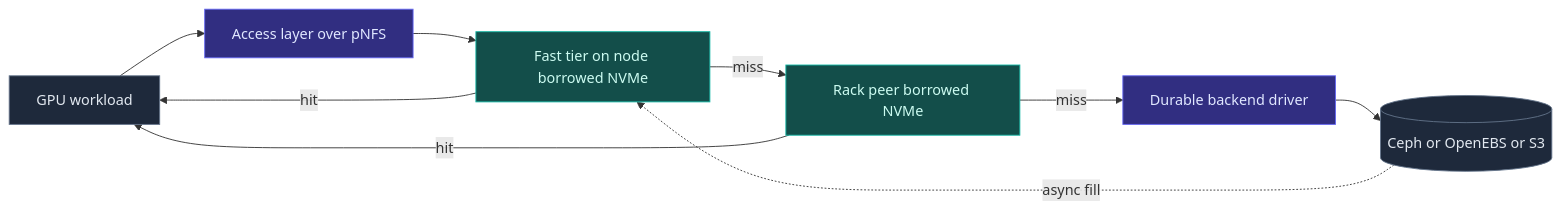
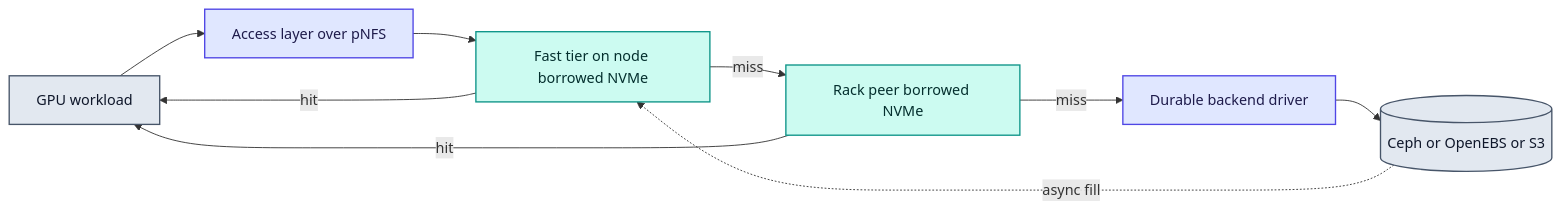
Before and after one commit to mayur-tolexo/forebay: the diagram in docs/rfcs/0002-architecture-overview.md, drawn with Mermaid. The commit also changed 5 other files, not shown here.

````diff
--- a/docs/rfcs/0002-architecture-overview.md
+++ b/docs/rfcs/0002-architecture-overview.md
@@ -72,18 +72,18 @@
 ```mermaid
 flowchart LR
   pod[GPU workload] --> acc[Access layer over pNFS]
   acc --> fast[Fast tier on node borrowed NVMe]
   fast -->|hit| pod
   fast -->|miss| rack[Rack peer borrowed NVMe]
   rack -->|hit| pod
   rack -->|miss| drv[Durable backend driver]
   drv --> store[(Ceph or OpenEBS or S3)]
   store -.->|async fill| fast
 
-  classDef cp fill:#312E81,stroke:#6366F1,color:#E0E7FF
-  classDef dp fill:#134E4A,stroke:#14B8A6,color:#CCFBF1
-  classDef st fill:#1E293B,stroke:#64748B,color:#E2E8F0
+  classDef cp fill:#E0E7FF,stroke:#4F46E5,stroke-width:1.5px,color:#1E1B4B
+  classDef dp fill:#CCFBF1,stroke:#0D9488,stroke-width:1.5px,color:#042F2E
+  classDef st fill:#E2E8F0,stroke:#475569,stroke-width:1.5px,color:#0F172A
   class acc,drv cp
   class fast,rack dp
   class store,pod st
 ```
````
